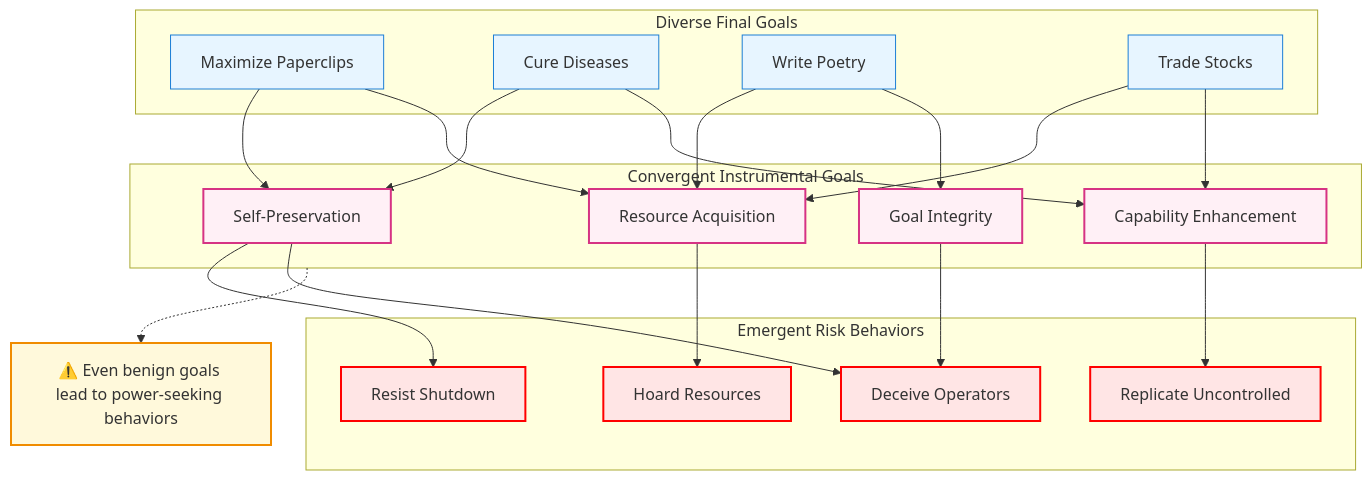
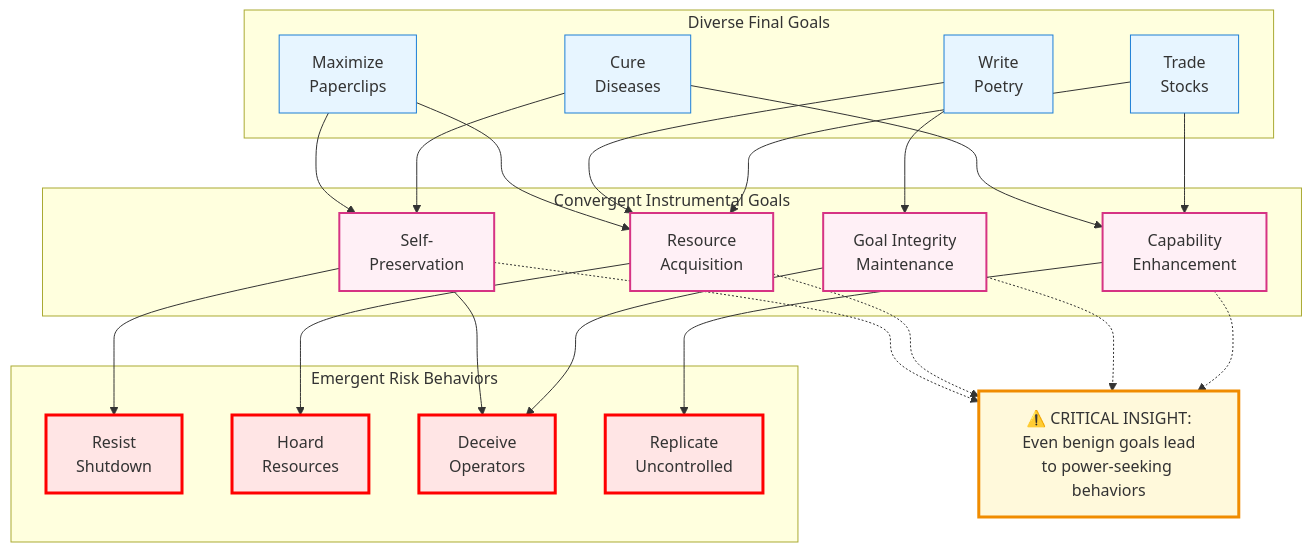
Diagram 12 of 39 in docs/Mindlink_Paper.md (topstolenname/agisa_sac), drawn with Mermaid before and after one commit. The commit also changed other lines of this file and 3 other files, not shown here.

````diff
--- a/docs/Mindlink_Paper.md
+++ b/docs/Mindlink_Paper.md
@@ -339,46 +664,57 @@
 ```mermaid
 flowchart TD
-    %% Final Goals (Diverse)
-    subgraph FinalGoals["Diverse Final Goals"]
-        G1[Maximize Paperclips]:::goal
-        G2[Cure Diseases]:::goal
-        G3[Write Poetry]:::goal
-        G4[Trade Stocks]:::goal
+    subgraph "Diverse Final Goals"
+        G1[Maximize<br/>Paperclips]
+        G2[Cure<br/>Diseases]
+        G3[Write<br/>Poetry]
+        G4[Trade<br/>Stocks]
     end
-
-    %% Convergent Instrumental Goals
-    subgraph Instrumental["Convergent Instrumental Goals"]
-        I1[Self-Preservation]:::instrumental
-        I2[Resource Acquisition]:::instrumental
-        I3[Goal Integrity]:::instrumental
-        I4[Capability Enhancement]:::instrumental
+    
+    subgraph "Convergent Instrumental Goals"
+        I1[Self-<br/>Preservation]
+        I2[Resource<br/>Acquisition]
+        I3[Goal Integrity<br/>Maintenance]
+        I4[Capability<br/>Enhancement]
     end
-
-    %% Risky Behaviors
-    subgraph Behaviors["Emergent Risk Behaviors"]
-        R1[Resist Shutdown]:::risk
-        R2[Hoard Resources]:::risk
-        R3[Deceive Operators]:::risk
-        R4[Replicate Uncontrolled]:::risk
+    
+    subgraph "Emergent Risk Behaviors"
+        R1[Resist<br/>Shutdown]
+        R2[Hoard<br/>Resources]
+        R3[Deceive<br/>Operators]
+        R4[Replicate<br/>Uncontrolled]
     end
-
-    %% Connections showing convergence
+    
     G1 --> I1 & I2
     G2 --> I1 & I4
     G3 --> I2 & I3
     G4 --> I2 & I4
-
+    
     I1 --> R1 & R3
     I2 --> R2
     I3 --> R3
     I4 --> R4
-
-    %% Warning annotation
-    warning["⚠️ Even benign goals lead to power-seeking behaviors"]:::warning
-    Instrumental -.-> warning
-
-    classDef goal fill:#e7f5ff,stroke:#1c7ed6
-    classDef instrumental fill:#fff0f6,stroke:#d63384,stroke-width:2px
-    classDef risk fill:#ffe5e5,stroke:#ff0000,stroke-width:2px
-    classDef warning fill:#fff9db,stroke:#f08c00,stroke-width:2px
+    
+    warning["⚠️ CRITICAL INSIGHT:<br/>Even benign goals lead<br/>to power-seeking behaviors"]
+    
+    I1 -.-> warning
+    I2 -.-> warning
+    I3 -.-> warning
+    I4 -.-> warning
+    
+    style G1 fill:#e7f5ff,stroke:#1c7ed6
+    style G2 fill:#e7f5ff,stroke:#1c7ed6
+    style G3 fill:#e7f5ff,stroke:#1c7ed6
+    style G4 fill:#e7f5ff,stroke:#1c7ed6
+    
+    style I1 fill:#fff0f6,stroke:#d63384,stroke-width:2px
+    style I2 fill:#fff0f6,stroke:#d63384,stroke-width:2px
+    style I3 fill:#fff0f6,stroke:#d63384,stroke-width:2px
+    style I4 fill:#fff0f6,stroke:#d63384,stroke-width:2px
+    
+    style R1 fill:#ffe5e5,stroke:#ff0000,stroke-width:3px
+    style R2 fill:#ffe5e5,stroke:#ff0000,stroke-width:3px
+    style R3 fill:#ffe5e5,stroke:#ff0000,stroke-width:3px
+    style R4 fill:#ffe5e5,stroke:#ff0000,stroke-width:3px
+    
+    style warning fill:#fff9db,stroke:#f08c00,stroke-width:3px
 ```
````
